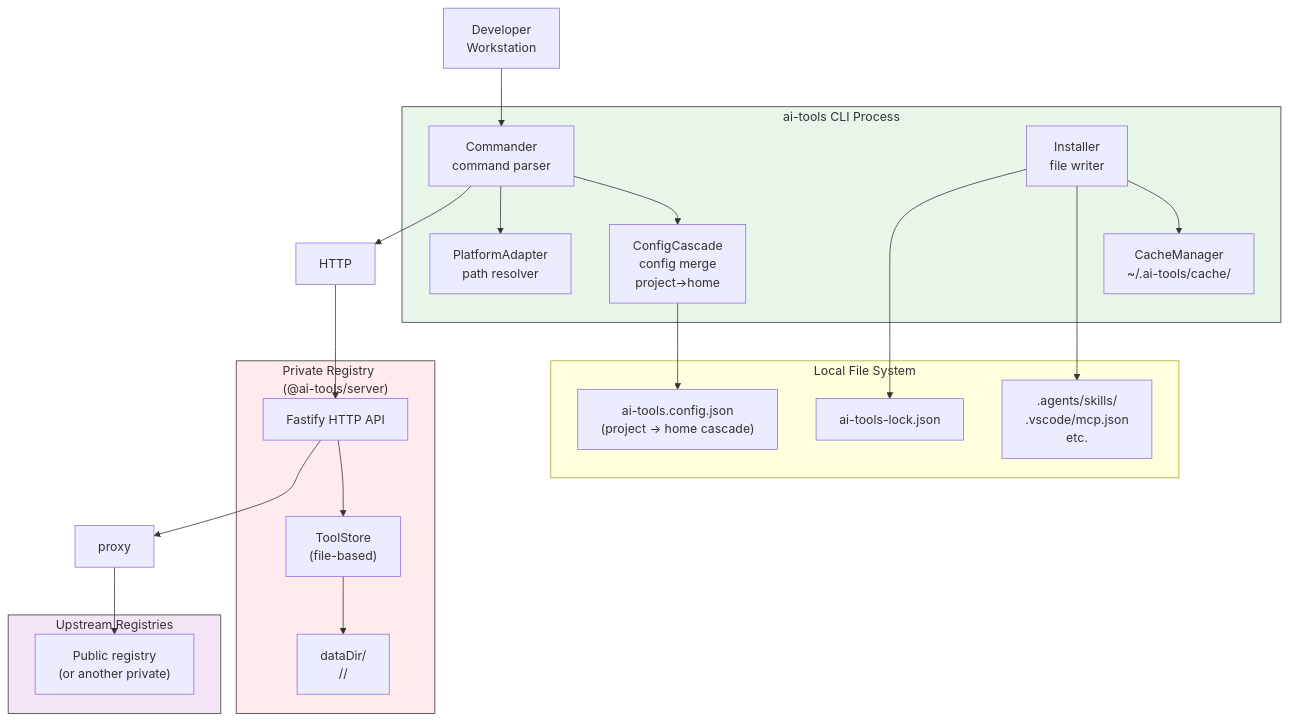
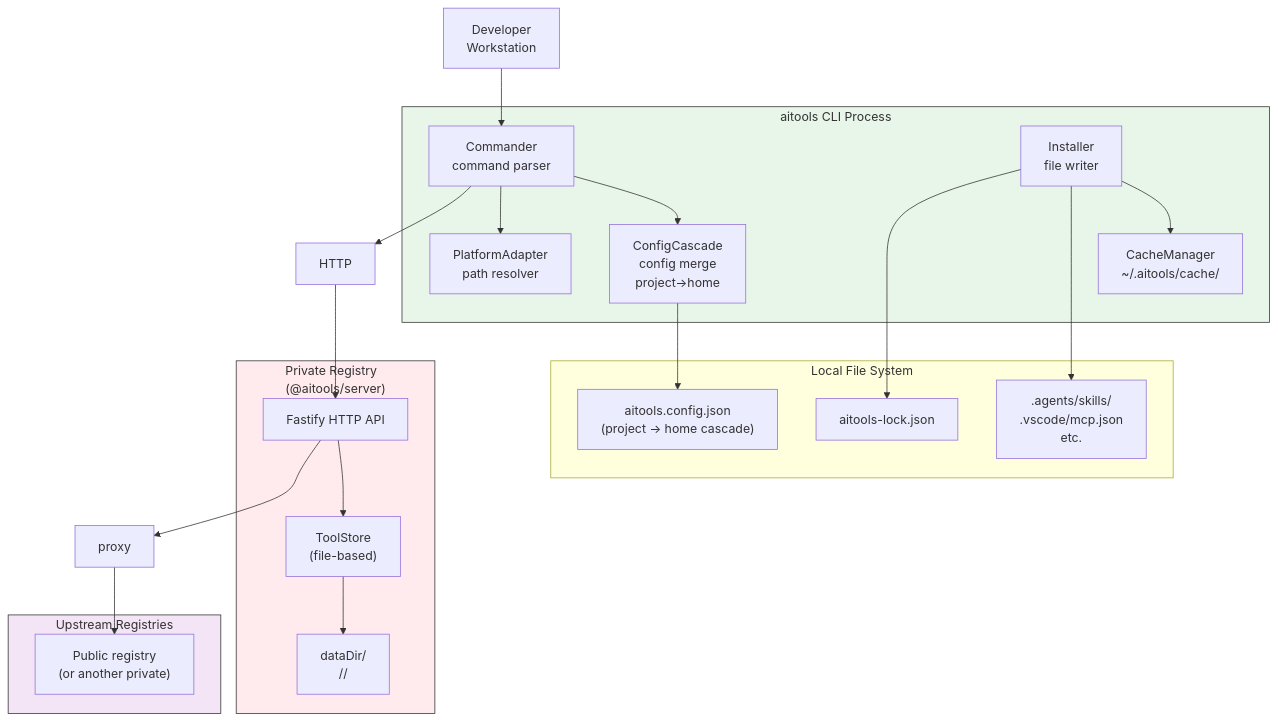
One commit to bitgenetics/aitools changed the second of 4 diagrams in docs/design/system-architecture.md. Above: the diagram before and after it, drawn with Mermaid. The commit also changed other lines of this file and 132 other files, not shown here.

First line of the commit message:
refactor: rebrand to aitools CLI and @aitools/* packages

````diff
--- a/docs/design/system-architecture.md
+++ b/docs/design/system-architecture.md
@@ -51,44 +51,44 @@
 ```mermaid
 graph TD
     dev["Developer<br/>Workstation"]
 
-    subgraph cli_process["ai-tools CLI Process"]
+    subgraph cli_process["aitools CLI Process"]
         cli["Commander<br/>command parser"]
         cfg["ConfigCascade<br/>config merge<br/>project→home"]
         adp["PlatformAdapter<br/>path resolver"]
         inst["Installer<br/>file writer"]
-        cache["CacheManager<br/>~/.ai-tools/cache/"]
+        cache["CacheManager<br/>~/.aitools/cache/"]
     end
 
     subgraph fs["Local File System"]
         project_files[".agents/skills/<br/>.vscode/mcp.json<br/>etc."]
-        lock["ai-tools-lock.json"]
-        config_files["ai-tools.config.json<br/>(project → home cascade)"]
+        lock["aitools-lock.json"]
+        config_files["aitools.config.json<br/>(project → home cascade)"]
     end
 
-    subgraph private_registry["Private Registry<br/>(@ai-tools/server)"]
+    subgraph private_registry["Private Registry<br/>(@aitools/server)"]
         api["Fastify HTTP API"]
         store["ToolStore<br/>(file-based)"]
         data["dataDir/<br/><name>/<version>/"]
     end
 
     subgraph upstream["Upstream Registries"]
         pub["Public registry<br/>(or another private)"]
     end
 
     dev --> cli
     cfg --> config_files
     cli --> cfg
     cli --> adp
     inst --> cache
     inst --> project_files
     inst --> lock
     cli --> HTTP --> api
     api --> store
     store --> data
     api --> proxy --> pub
 
     style cli_process fill:#e8f5e9,stroke:#333,strokeWidth:2px
     style private_registry fill:#ffebee,stroke:#333,strokeWidth:2px
     style upstream fill:#f3e5f5,stroke:#333,strokeWidth:2px
 ```
````
